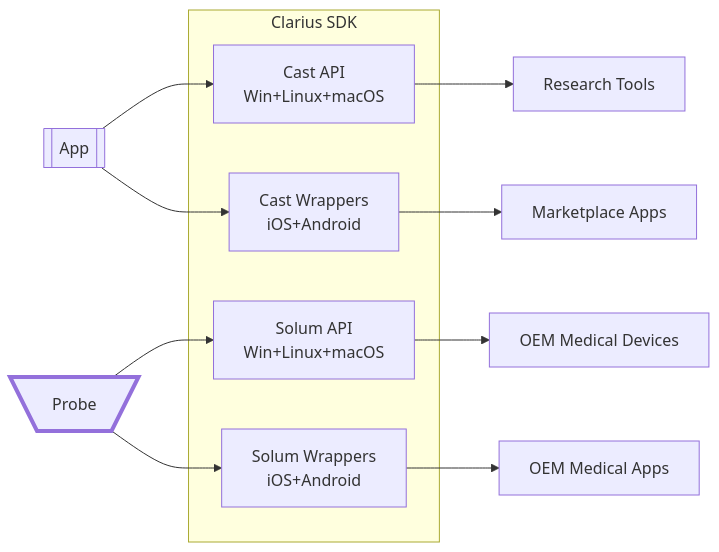
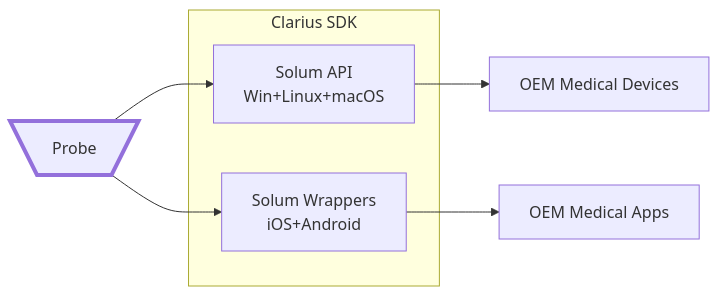
One commit to clariusdev/.github changed the diagram in partners.md. Above: the diagram before and after it, drawn with Mermaid. The commit also changed other lines of this file, not shown here.

````diff
--- a/partners.md
+++ b/partners.md
@@ -81,23 +36,16 @@
 ```mermaid
   flowchart LR  
-  app[[App]]
   prb[\Probe/]
   style prb stroke-width:4px
   
   subgraph sdk[Clarius SDK]
-    cast_api[Cast API<br />Win+Linux+macOS]
-    cast_mobile[Cast Wrappers<br />iOS+Android]
     solum_api[Solum API<br />Win+Linux+macOS]
     solum_mobile[Solum Wrappers<br />iOS+Android]
   end
     
-  app-->cast_api
-  app-->cast_mobile
   prb-->solum_api
   prb-->solum_mobile
   
-  cast_api-->research[Research Tools]
-  cast_mobile-->marketplace[Marketplace Apps]
   solum_api-->dev[OEM Medical Devices]
   solum_mobile-->apps[OEM Medical Apps]
 ```
````
